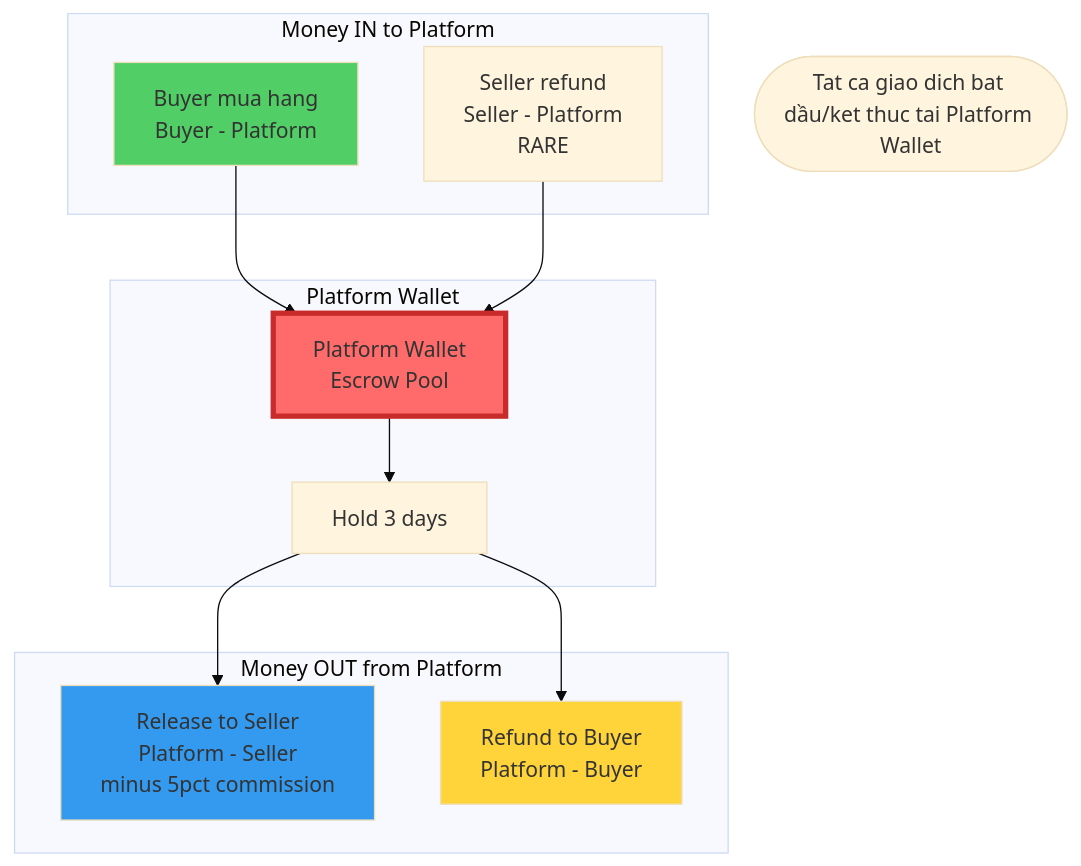
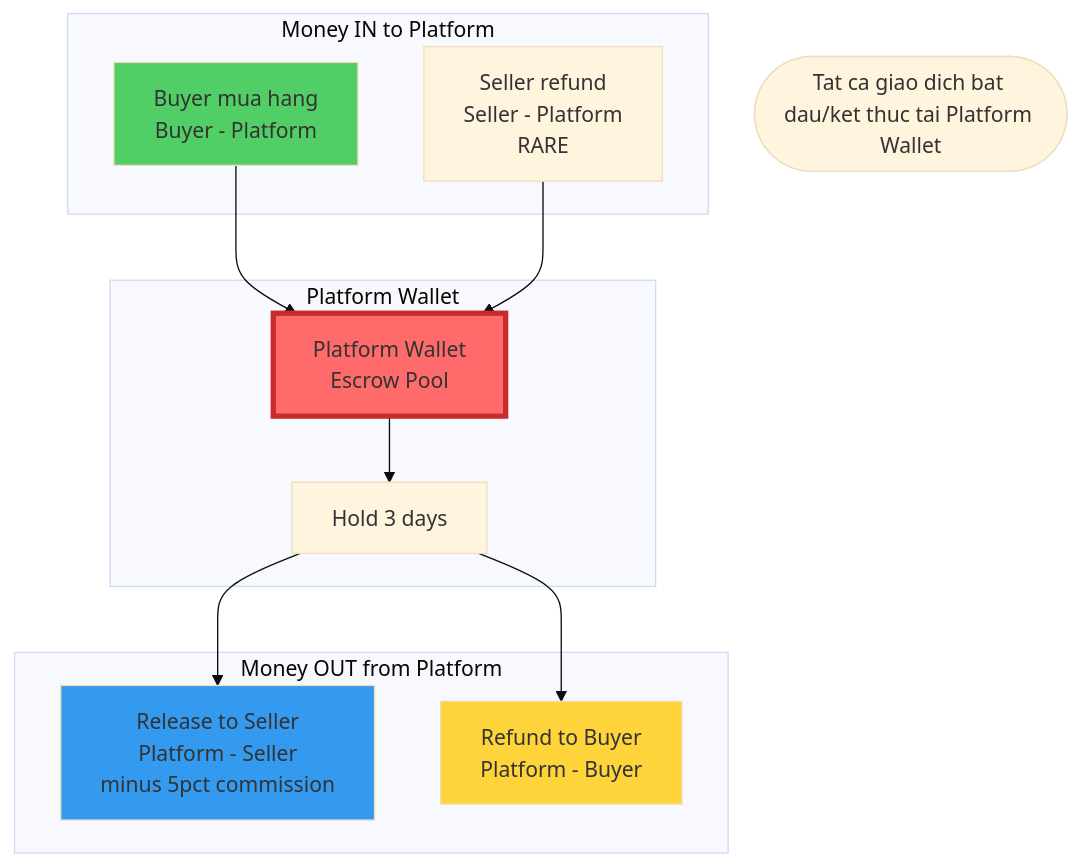
The second of 20 diagrams in mmo-api/docs/v2/05-wallet-v2-platform-wallet-flows.md (anhnguyen123312/ShopMMO), drawn with Mermaid (base theme) before and after one commit. The commit also changed other lines of this file, not shown here.

````diff
--- a/mmo-api/docs/v2/05-wallet-v2-platform-wallet-flows.md
+++ b/mmo-api/docs/v2/05-wallet-v2-platform-wallet-flows.md
@@ -159,30 +159,30 @@
 ```mermaid
 graph TB
-    Start([Tat ca giao dich bat dầu/ket thuc tai Platform Wallet])
+    Start([Tat ca giao dich bat dau/ket thuc tai Platform Wallet])
 
     subgraph Money IN to Platform
-        Purchase[Buyer mua hang<br/>Buyer - Platform]
-        Refund[Seller refund<br/>Seller - Platform<br/>RARE]
+        Purchase[Buyer mua hang<br>Buyer - Platform]
+        Refund[Seller refund<br>Seller - Platform<br>RARE]
     end
 
     subgraph Platform Wallet
-        PW[Platform Wallet<br/>Escrow Pool]
+        PW[Platform Wallet<br>Escrow Pool]
         Hold[Hold 3 days]
     end
 
     subgraph Money OUT from Platform
-        Release[Release to Seller<br/>Platform - Seller<br/>minus 5pct commission]
-        RefundBuyer[Refund to Buyer<br/>Platform - Buyer]
+        Release[Release to Seller<br>Platform - Seller<br>minus 5pct commission]
+        RefundBuyer[Refund to Buyer<br>Platform - Buyer]
     end
 
     Purchase --> PW
     Refund --> PW
     PW --> Hold
     Hold --> Release
     Hold --> RefundBuyer
 
     style PW fill:#ff6b6b,stroke:#c92a2a,stroke-width:4px
     style Purchase fill:#51cf66
     style Release fill:#339af0
     style RefundBuyer fill:#ffd43b
 ```
````
